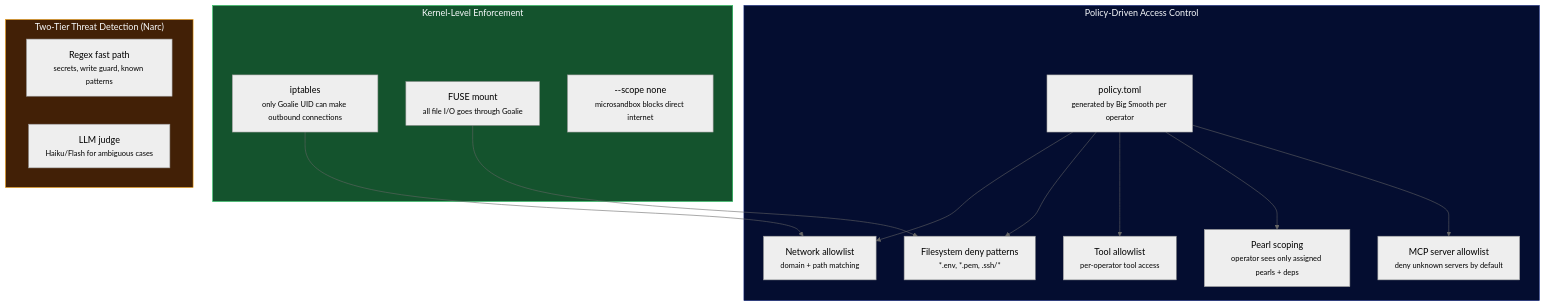
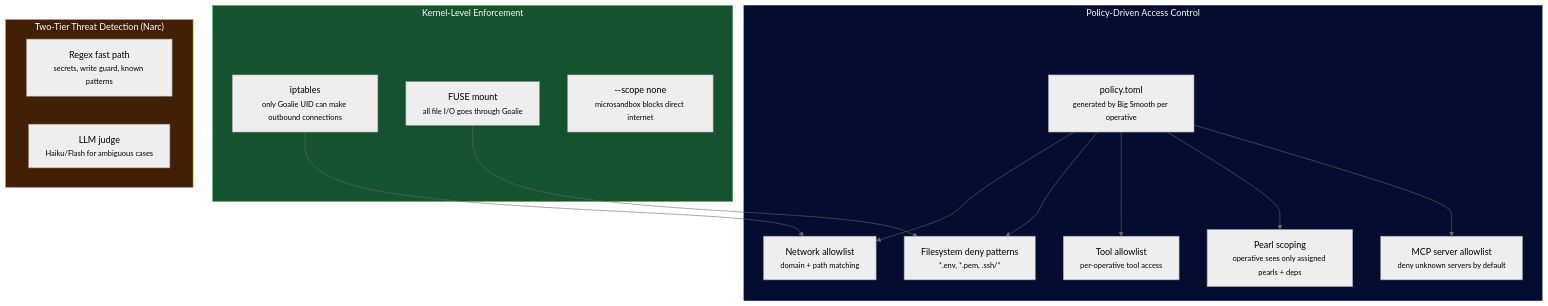
The fourth of 5 diagrams in README.md (SmooAI/smooth), drawn with Mermaid (neutral theme) before and after one commit. The commit also changed other lines of this file and 86 other files, not shown here.

````diff
--- a/README.md
+++ b/README.md
@@ -313,30 +313,30 @@
 ```mermaid
 graph TD
     subgraph Enforcement["Kernel-Level Enforcement"]
         IPT["iptables<br/><small>only Goalie UID can make outbound connections</small>"]
         FUSE["FUSE mount<br/><small>all file I/O goes through Goalie</small>"]
         SCOPE["--scope none<br/><small>microsandbox blocks direct internet</small>"]
     end
 
     subgraph Policy["Policy-Driven Access Control"]
-        TOML["policy.toml<br/><small>generated by Big Smooth per operator</small>"]
+        TOML["policy.toml<br/><small>generated by Big Smooth per operative</small>"]
         NET["Network allowlist<br/><small>domain + path matching</small>"]
         FS["Filesystem deny patterns<br/><small>*.env, *.pem, .ssh/*</small>"]
-        TOOL["Tool allowlist<br/><small>per-operator tool access</small>"]
-        BEAD["Pearl scoping<br/><small>operator sees only assigned pearls + deps</small>"]
+        TOOL["Tool allowlist<br/><small>per-operative tool access</small>"]
+        BEAD["Pearl scoping<br/><small>operative sees only assigned pearls + deps</small>"]
         MCP["MCP server allowlist<br/><small>deny unknown servers by default</small>"]
     end
 
     subgraph Detection["Two-Tier Threat Detection (Narc)"]
         REGEX["Regex fast path<br/><small>secrets, write guard, known patterns</small>"]
         LLM["LLM judge<br/><small>Haiku/Flash for ambiguous cases</small>"]
     end
 
     TOML --> NET & FS & TOOL & BEAD & MCP
     IPT --> NET
     FUSE --> FS
 
     style Enforcement fill:#14532d,stroke:#22c55e,color:#f8fafc
     style Policy fill:#040d30,stroke:#0a1f7a,color:#f8fafc
     style Detection fill:#422006,stroke:#f49f0a,color:#f8fafc
 ```
````
